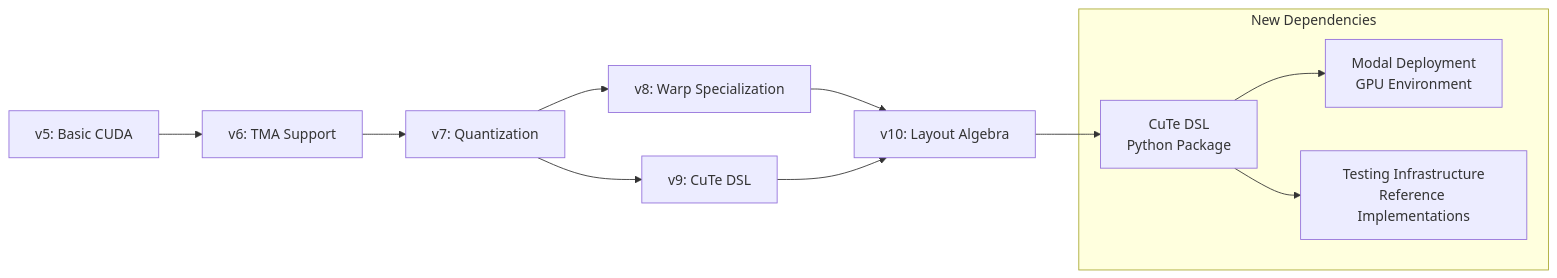
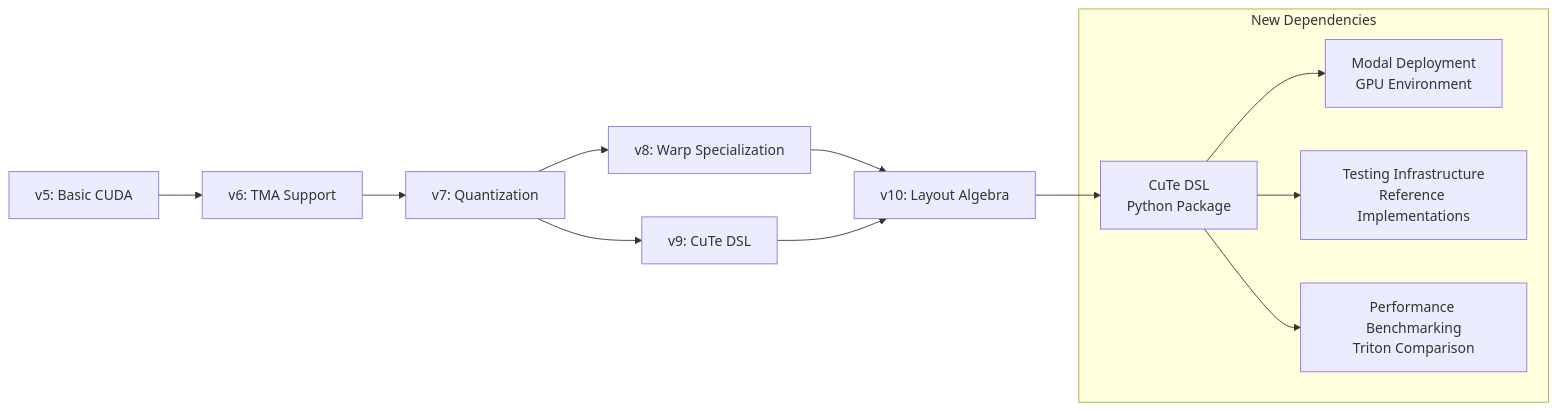
One commit to gugudeshubao/flashinfer-bench-tma-thrust changed the seventh of 7 diagrams in .qoder/repowiki/en/content/Core Kernels/Core Kernels.md. Above: the diagram before and after it, drawn with Mermaid. The commit also changed other lines of this file and 25 other files, not shown here.

````diff
--- a/.qoder/repowiki/en/content/Core Kernels/Core Kernels.md
+++ b/.qoder/repowiki/en/content/Core Kernels/Core Kernels.md
@@ -766,17 +820,19 @@
 ```mermaid
 graph LR
 V5["v5: Basic CUDA"] --> V6["v6: TMA Support"]
 V6 --> V7["v7: Quantization"]
 V7 --> V8["v8: Warp Specialization"]
 V7 --> V9["v9: CuTe DSL"]
 V8 --> V10["v10: Layout Algebra"]
 V9 --> V10
 subgraph "New Dependencies"
 CuTe_DSL["CuTe DSL<br/>Python Package"]
 Modal_Deploy["Modal Deployment<br/>GPU Environment"]
 Test_Infra["Testing Infrastructure<br/>Reference Implementations"]
+Perf_Bench["Performance Benchmarking<br/>Triton Comparison"]
 end
 V10 --> CuTe_DSL
 CuTe_DSL --> Modal_Deploy
 CuTe_DSL --> Test_Infra
+CuTe_DSL --> Perf_Bench
 ```
````
